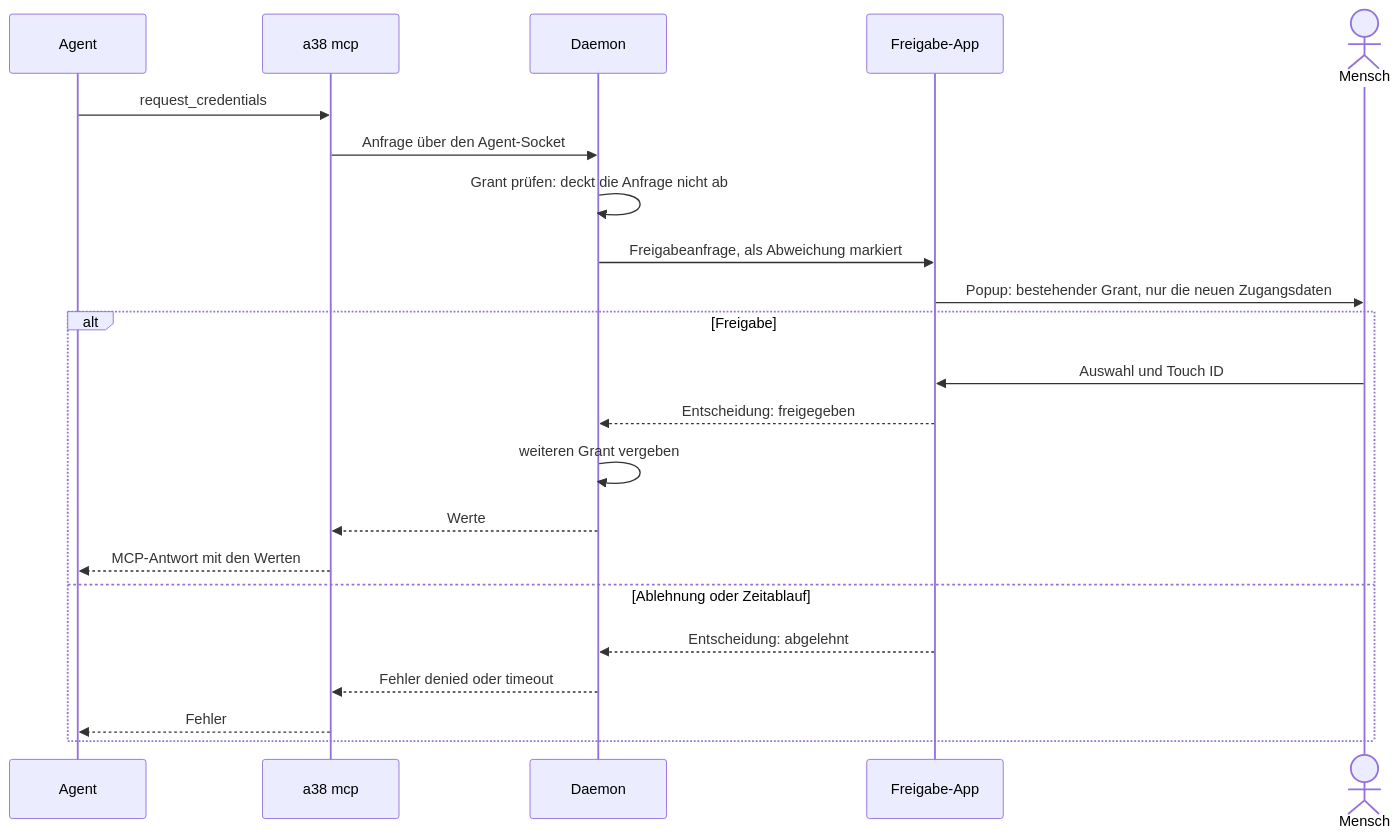
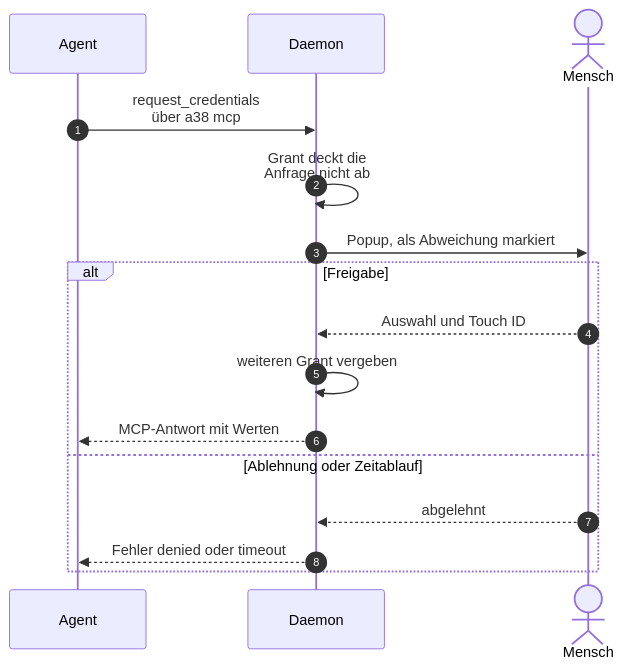
Before and after one commit to seletz/passierschein: the diagram in docs/design/use-cases/UC3_ein-agent-fordert-zugangsdaten-ausserhalb.md, drawn with Mermaid. The commit also changed 5 other files, not shown here.

Commit message:
docs(design): show the sequence diagram before the flow text and make it narrower

````diff
--- a/docs/design/use-cases/UC3_ein-agent-fordert-zugangsdaten-ausserhalb.md
+++ b/docs/design/use-cases/UC3_ein-agent-fordert-zugangsdaten-ausserhalb.md
@@ -31,24 +23,18 @@
 ```mermaid
 sequenceDiagram
+    autonumber
     participant A as Agent
-    participant M as a38 mcp
     participant D as Daemon
-    participant U as Freigabe-App
     actor H as Mensch
-    A->>M: request_credentials
-    M->>D: Anfrage über den Agent-Socket
-    D->>D: Grant prüfen: deckt die Anfrage nicht ab
-    D->>U: Freigabeanfrage, als Abweichung markiert
-    U->>H: Popup: bestehender Grant, nur die neuen Zugangsdaten
+    A->>D: request_credentials<br/>über a38 mcp
+    D->>D: Grant deckt die<br/>Anfrage nicht ab
+    D->>H: Popup, als Abweichung markiert
     alt Freigabe
-        H->>U: Auswahl und Touch ID
-        U-->>D: Entscheidung: freigegeben
+        H-->>D: Auswahl und Touch ID
         D->>D: weiteren Grant vergeben
-        D-->>M: Werte
-        M-->>A: MCP-Antwort mit den Werten
+        D-->>A: MCP-Antwort mit Werten
     else Ablehnung oder Zeitablauf
-        U-->>D: Entscheidung: abgelehnt
-        D-->>M: Fehler denied oder timeout
-        M-->>A: Fehler
+        H-->>D: abgelehnt
+        D-->>A: Fehler denied oder timeout
     end
 ```
````
